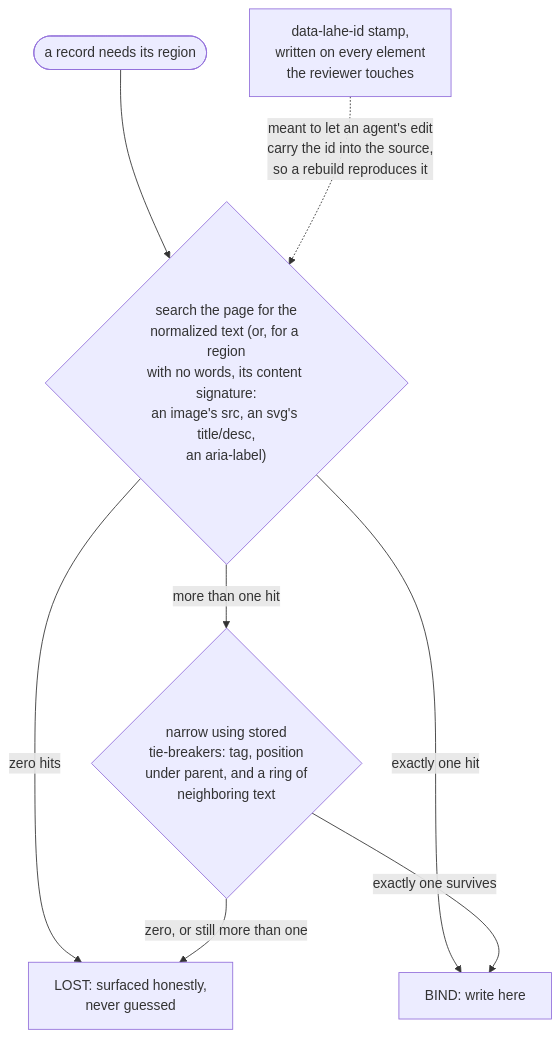
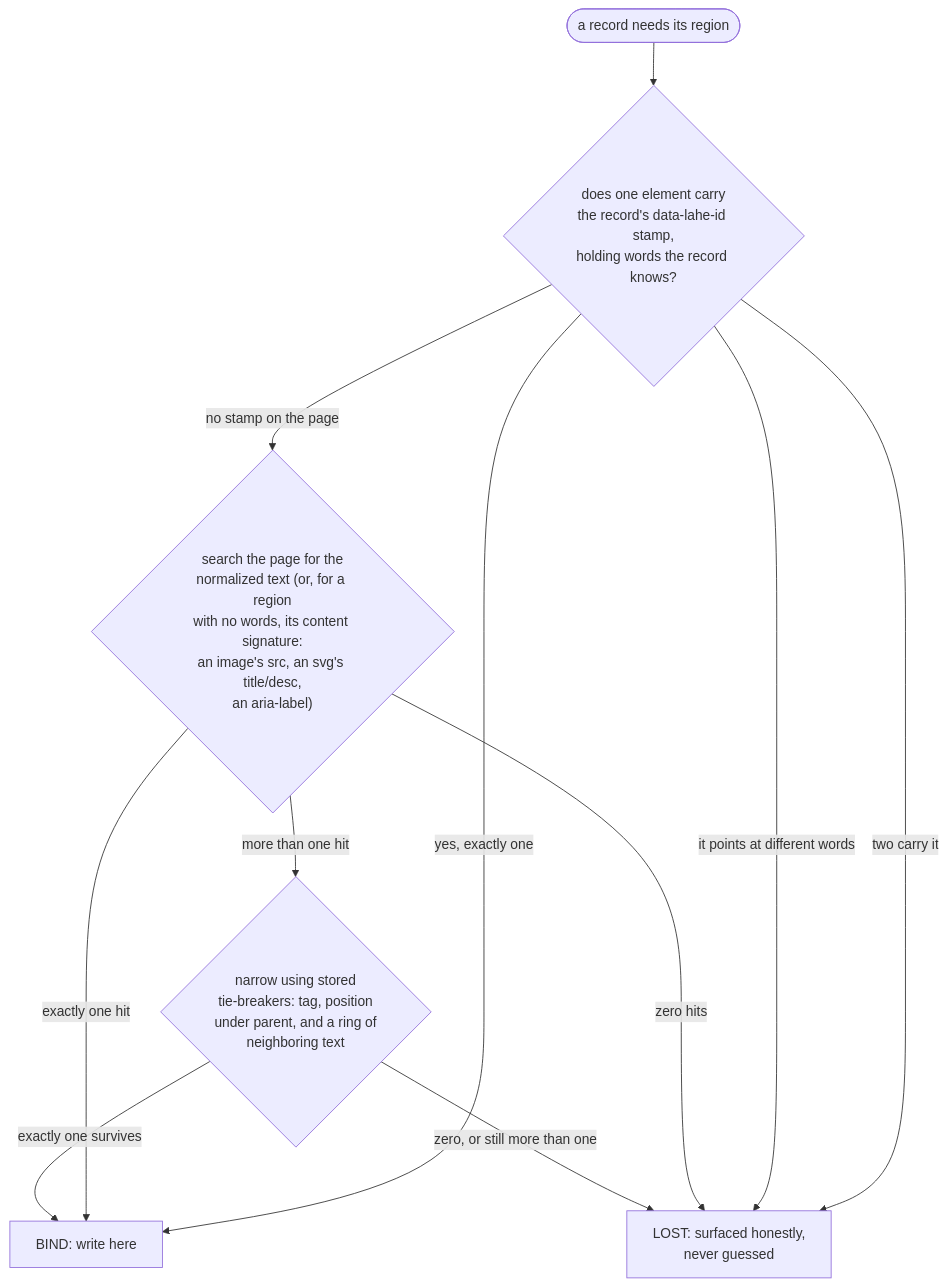
One commit to kenxle/live-agentic-html-editor changed the diagram in docs/diagrams/finding_the_region.md. Above: the diagram before and after it, drawn with Mermaid. The commit also changed other lines of this file and 3 other files, not shown here.

First line of the commit message:
Diagrams: catch up with what the last session shipped

````diff
--- a/docs/diagrams/finding_the_region.md
+++ b/docs/diagrams/finding_the_region.md
@@ -7,13 +7,16 @@
 ```mermaid
 flowchart TD
-  Start(["a record needs its region"]) --> Text{"search the page for the<br/>normalized text (or, for a region<br/>with no words, its content signature:<br/>an image's src, an svg's title/desc,<br/>an aria-label)"}
+  Start(["a record needs its region"]) --> Stamp{"does one element carry<br/>the record's data-lahe-id stamp,<br/>holding words the record knows?"}
+
+  Stamp -- "yes, exactly one" --> Bind["BIND: write here"]
+  Stamp -- "two carry it" --> Lost
+  Stamp -- "it points at different words" --> Lost
+  Stamp -- "no stamp on the page" --> Text{"search the page for the<br/>normalized text (or, for a region<br/>with no words, its content signature:<br/>an image's src, an svg's title/desc,<br/>an aria-label)"}
 
   Text -- "zero hits" --> Lost
-  Text -- "exactly one hit" --> Bind["BIND: write here"]
+  Text -- "exactly one hit" --> Bind
   Text -- "more than one hit" --> Narrow{"narrow using stored<br/>tie-breakers: tag, position<br/>under parent, and a ring of<br/>neighboring text"}
 
   Narrow -- "exactly one survives" --> Bind
   Narrow -- "zero, or still more than one" --> Lost["LOST: surfaced honestly,<br/>never guessed"]
-
-  Stamp["data-lahe-id stamp,<br/>written on every element<br/>the reviewer touches"] -. "meant to let an agent's edit<br/>carry the id into the source,<br/>so a rebuild reproduces it" .-> Text
 ```
````
